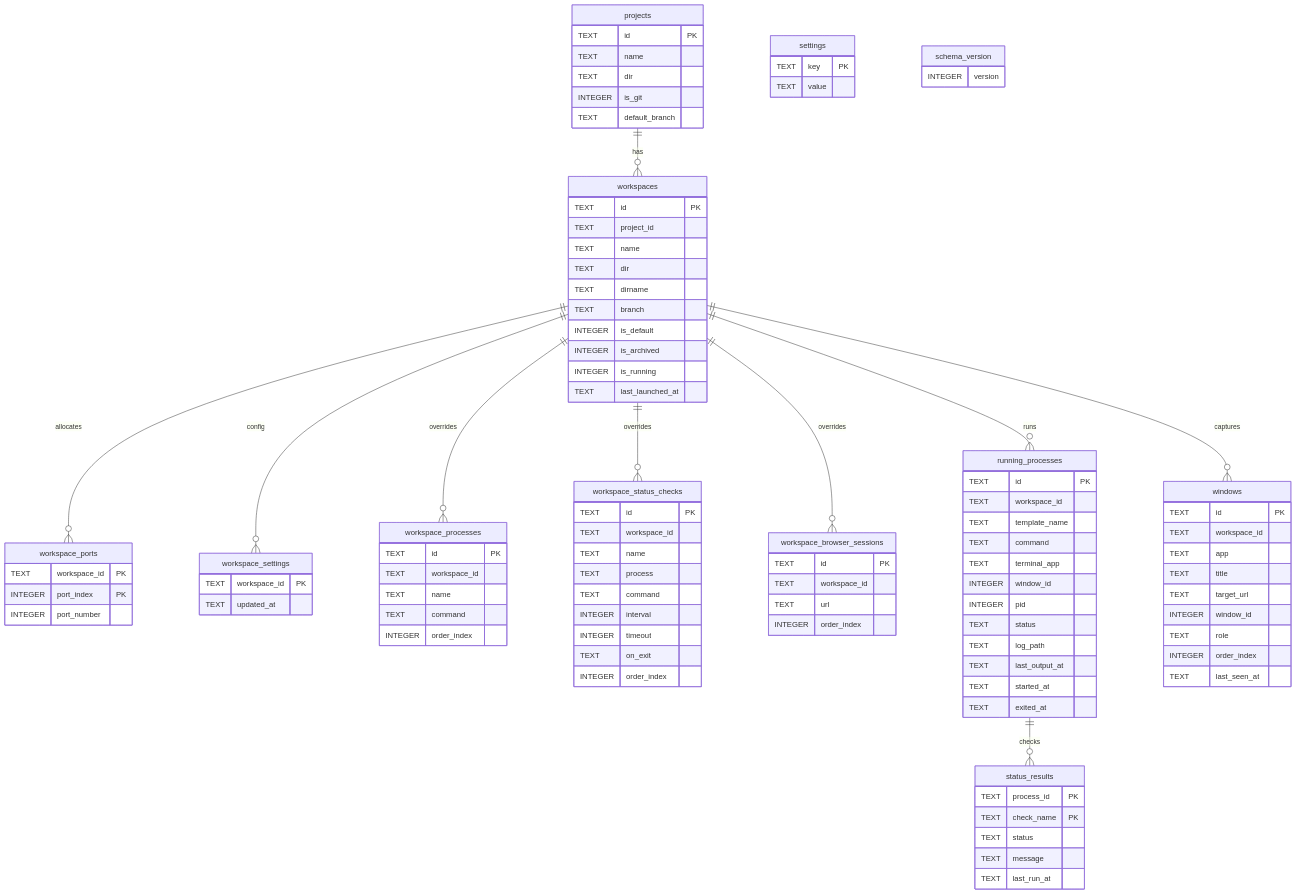
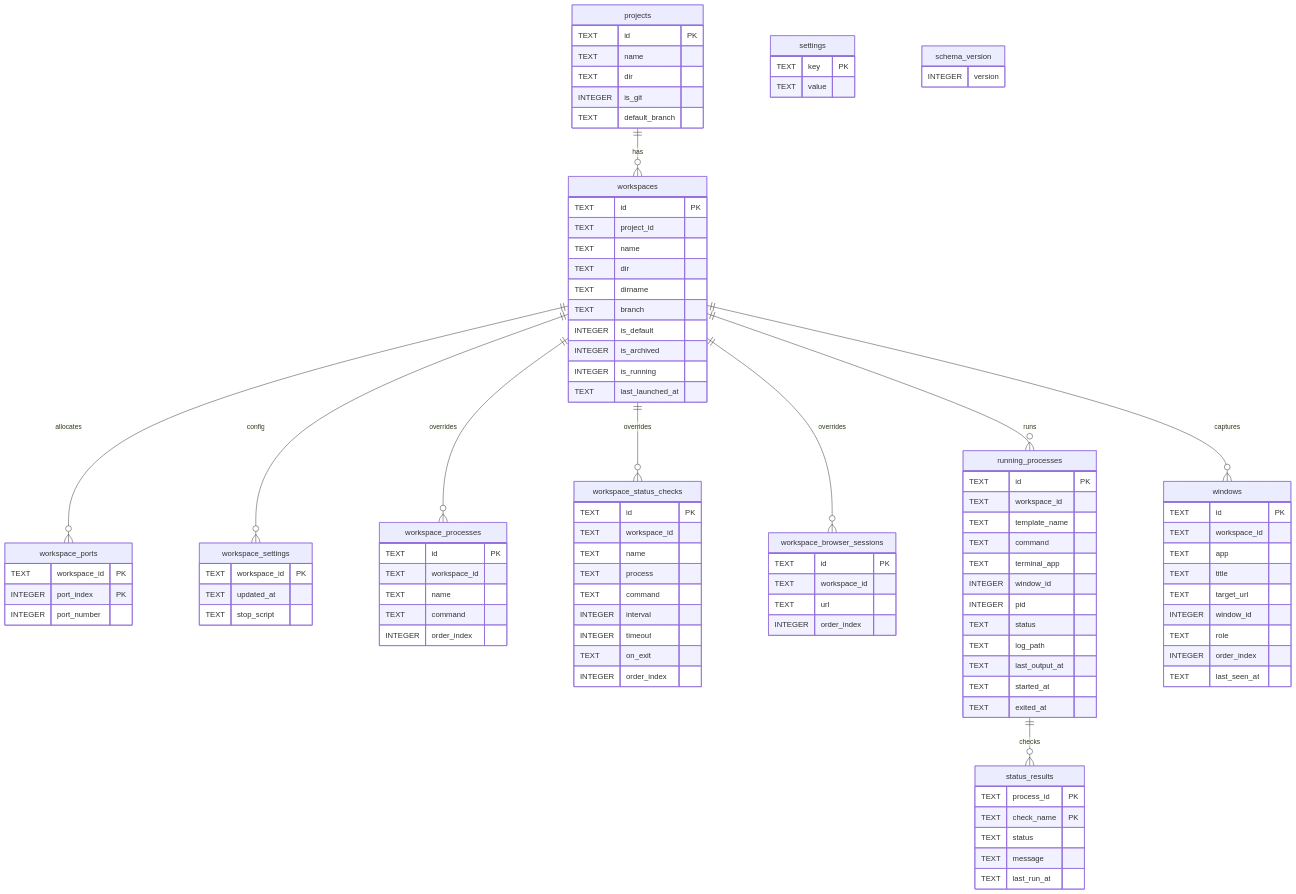
One commit to yogesh-dhande/spaces changed the second of 5 diagrams in apps/macos/docs/architecture.md. Above: the diagram before and after it, drawn with Mermaid. The commit also changed other lines of this file and 14 other files, not shown here.

Commit message:
add project/workspace stop script overrides and improve settings layout

```diff
--- a/apps/macos/docs/architecture.md
+++ b/apps/macos/docs/architecture.md
@@ -116,6 +119,7 @@
   workspace_settings {
     TEXT workspace_id PK
     TEXT updated_at
+    TEXT stop_script
   }
 
   workspace_processes {
```
